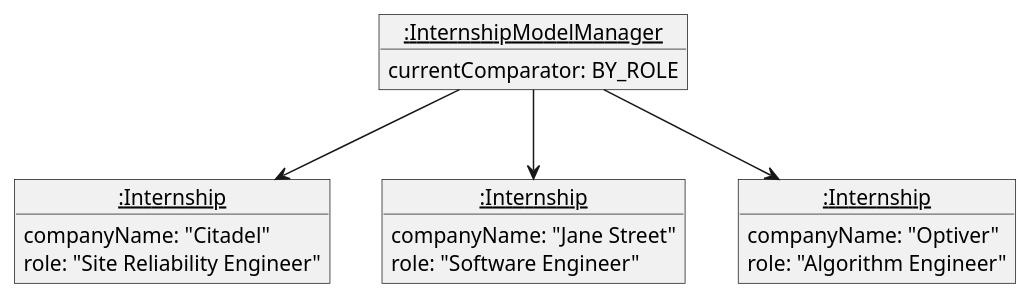
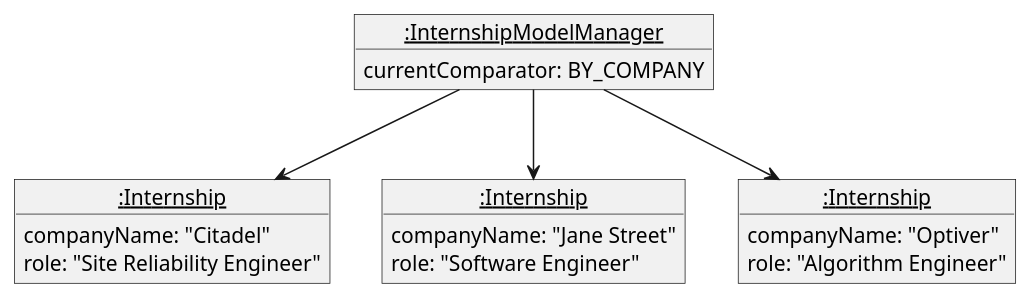
Before and after one commit to yongning0310/tp: the diagram in docs/diagrams/SortCommandState0.puml, drawn with PlantUML. The commit also changed 1 other file, not shown here.

Commit message:
Fix UI class diagram

```diff
--- a/docs/diagrams/SortCommandState0.puml
+++ b/docs/diagrams/SortCommandState0.puml
@@ -1,26 +1,26 @@
 @startuml
 
 object "<u>:InternshipModelManager" as IL {
-  currentComparator: BY_ROLE
+  currentComparator: BY_COMPANY
 }
 
 object "<u>:Internship" as I1 {
   companyName: "Citadel"
   role: "Site Reliability Engineer"
 }
 
 object "<u>:Internship" as I2 {
   companyName: "Jane Street"
   role: "Software Engineer"
 }
 
 object "<u>:Internship" as I3 {
   companyName: "Optiver"
   role: "Algorithm Engineer"
 }
 
 IL -down-> I3
 IL -down-> I1
 IL -down-> I2
 
 @enduml
```
